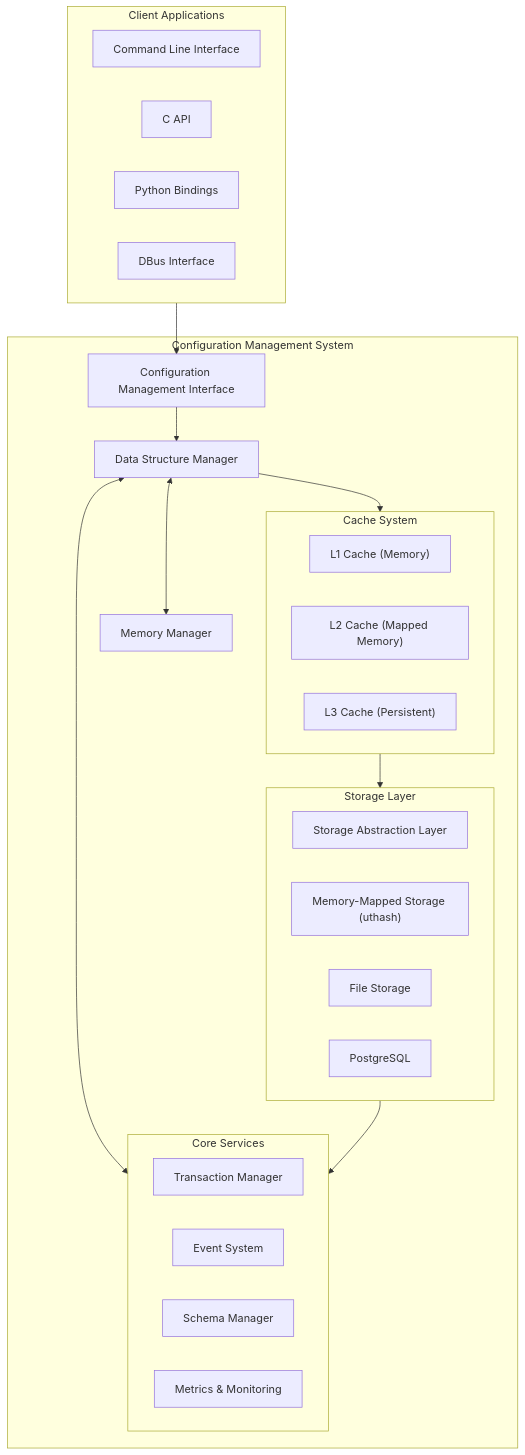
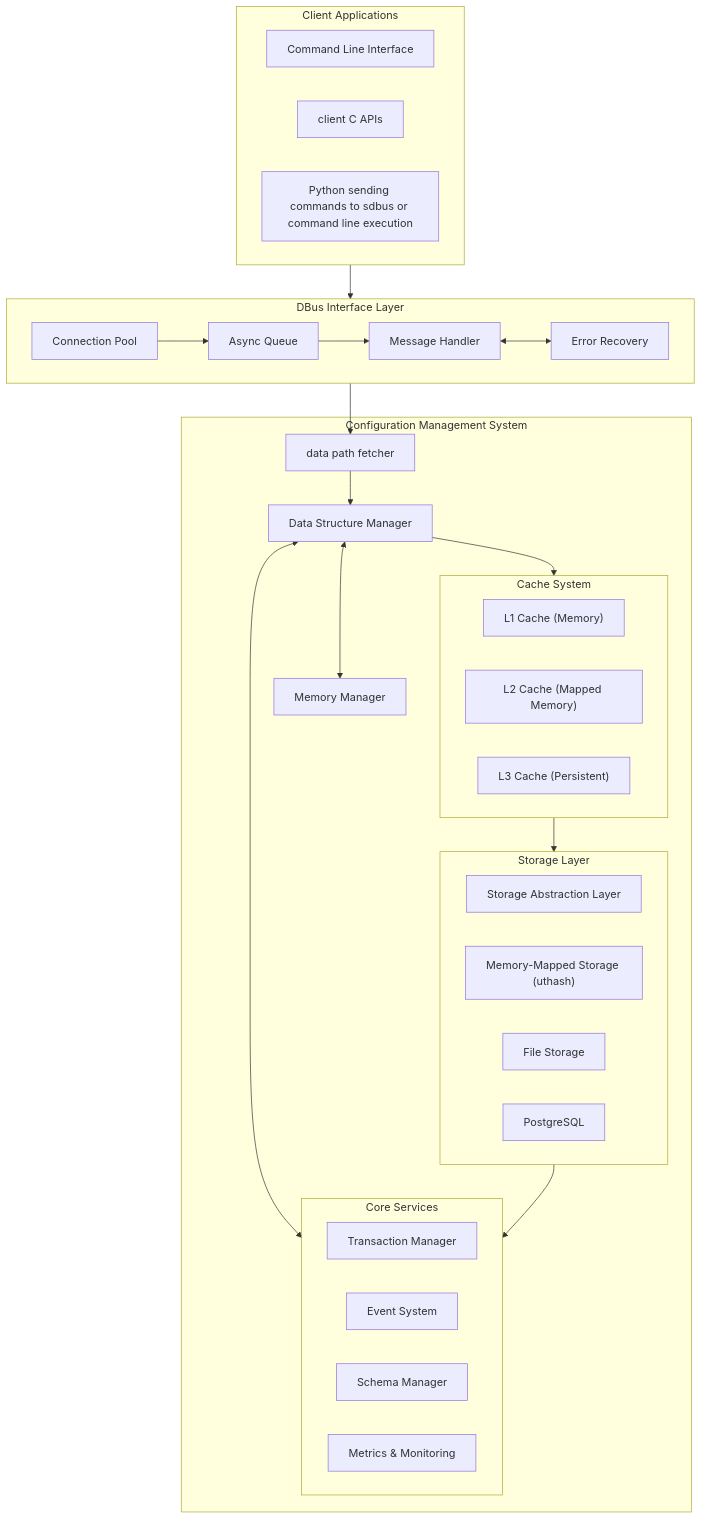
The first of 7 diagrams in Docs/Design_Docs/HighLvl_Design.md (hazem3443/Mem_mgnt_interface), drawn with Mermaid before and after one commit.

Commit message:
fionalized High LVL desing: DBUS Interface Layer and Clent app layer

````diff
--- a/Docs/Design_Docs/HighLvl_Design.md
+++ b/Docs/Design_Docs/HighLvl_Design.md
@@ -5,43 +5,51 @@
 ```mermaid
 flowchart TB
     subgraph Client["Client Applications"]
         CLI["Command Line Interface"]
-        CAPI["C API"]
-        PyAPI["Python Bindings"]
-        DBUS["DBus Interface"]
+        CAPI["client C APIs"]
+        PyAPI["Python sending commands to sdbus or command line execution"]
+    end    subgraph DBUS["DBus Interface Layer"]
+        direction LR
+        CP["Connection Pool"]
+        AQ["Async Queue"]
+        MH["Message Handler"]
+        ER["Error Recovery"]
     end
 
     subgraph CMS["Configuration Management System"]
-        CMI["Configuration Management Interface"]
+
+        CMI["data path fetcher"]
         DSM["Data Structure Manager"]
         MM["Memory Manager"]
         
         subgraph Cache["Cache System"]
             L1["L1 Cache (Memory)"]
             L2["L2 Cache (Mapped Memory)"]
             L3["L3 Cache (Persistent)"]
         end
         
         subgraph Storage["Storage Layer"]
             SAL["Storage Abstraction Layer"]
             MMS["Memory-Mapped Storage (uthash)"]
             FS["File Storage"]
             PG["PostgreSQL"]
         end
         
         subgraph Core["Core Services"]
             TX["Transaction Manager"]
             EV["Event System"]
             SM["Schema Manager"]
             MT["Metrics & Monitoring"]
         end
-    end
-
-    Client --> CMI
+    end    Client --> CP
+    CP --> AQ
+    AQ --> MH
+    MH <--> ER
+    MH --> CMI
     CMI --> DSM
     DSM <--> MM
     DSM --> Cache
     Cache --> Storage
     DSM <--> Core
     Storage --> Core
 ```
````
